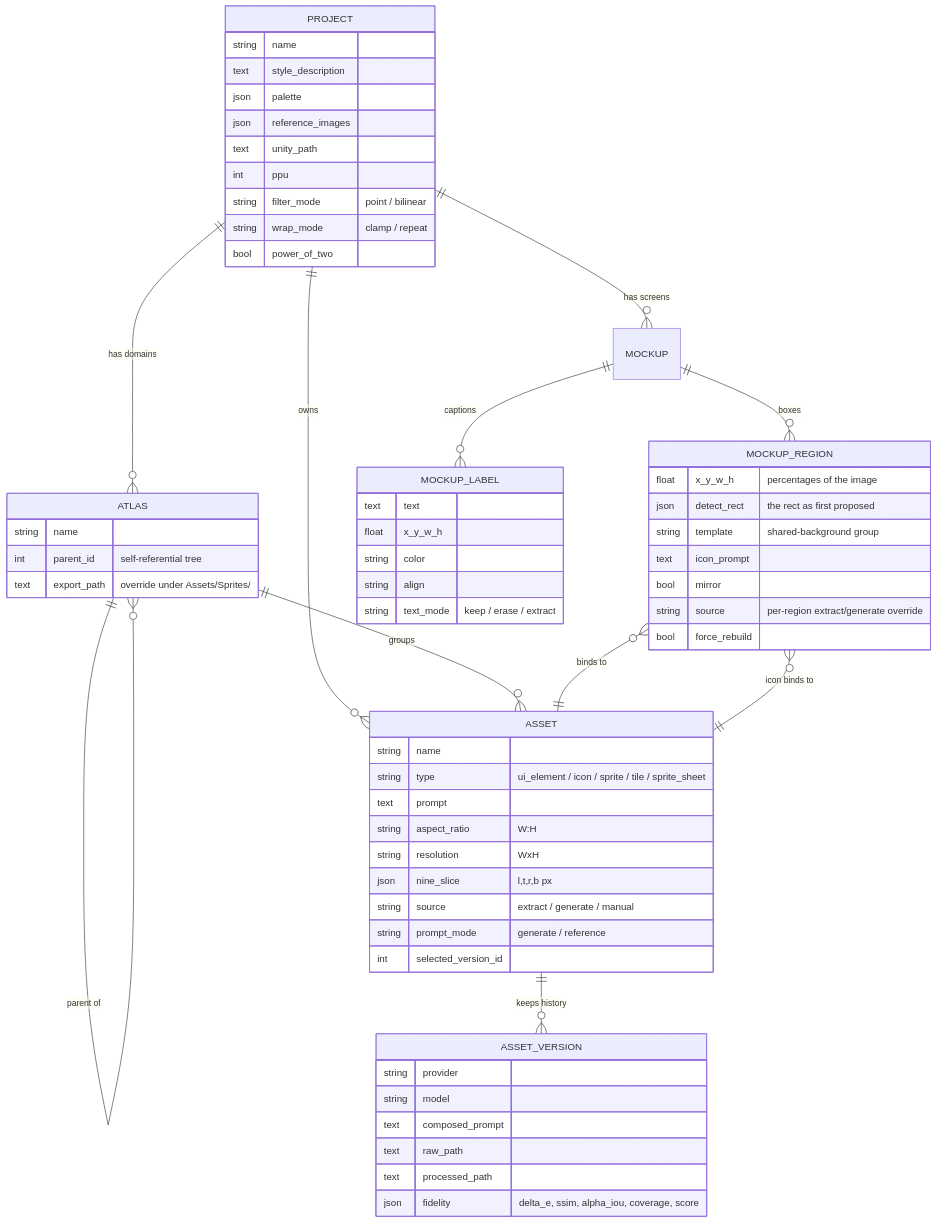
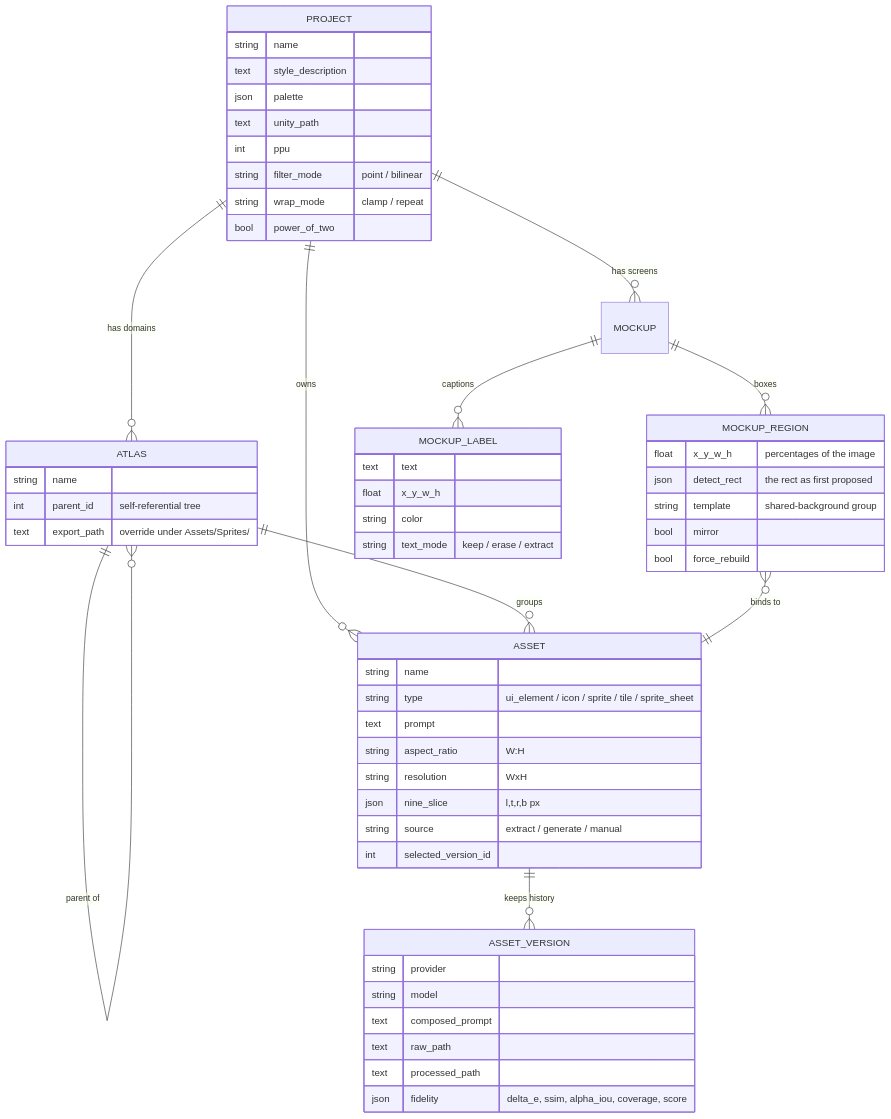
Before and after one commit to AdielMag/2d-assets-pipeline: the fifth of 7 diagrams in README.md, drawn with Mermaid. The commit also changed other lines of this file and 1 other file, not shown here.

````diff
--- a/README.md
+++ b/README.md
@@ -451,65 +548,59 @@
 ```mermaid
 erDiagram
     PROJECT ||--o{ ATLAS : "has domains"
     PROJECT ||--o{ ASSET : owns
     PROJECT ||--o{ MOCKUP : "has screens"
     ATLAS ||--o{ ATLAS : "parent of"
     ATLAS ||--o{ ASSET : groups
     ASSET ||--o{ ASSET_VERSION : "keeps history"
     MOCKUP ||--o{ MOCKUP_REGION : "boxes"
     MOCKUP ||--o{ MOCKUP_LABEL : "captions"
     MOCKUP_REGION }o--|| ASSET : "binds to"
-    MOCKUP_REGION }o--|| ASSET : "icon binds to"
 
     PROJECT {
         string name
         text style_description
         json palette
-        json reference_images
         text unity_path
         int ppu
         string filter_mode "point / bilinear"
         string wrap_mode "clamp / repeat"
         bool power_of_two
     }
     ATLAS {
         string name
         int parent_id "self-referential tree"
         text export_path "override under Assets/Sprites/"
     }
     ASSET {
         string name
         string type "ui_element / icon / sprite / tile / sprite_sheet"
         text prompt
         string aspect_ratio "W:H"
         string resolution "WxH"
         json nine_slice "l,t,r,b px"
         string source "extract / generate / manual"
-        string prompt_mode "generate / reference"
         int selected_version_id
     }
     ASSET_VERSION {
         string provider
         string model
         text composed_prompt
         text raw_path
         text processed_path
         json fidelity "delta_e, ssim, alpha_iou, coverage, score"
     }
     MOCKUP_REGION {
         float x_y_w_h "percentages of the image"
         json detect_rect "the rect as first proposed"
         string template "shared-background group"
-        text icon_prompt
         bool mirror
-        string source "per-region extract/generate override"
         bool force_rebuild
     }
     MOCKUP_LABEL {
         text text
         float x_y_w_h
         string color
-        string align
         string text_mode "keep / erase / extract"
     }
 ```
````
